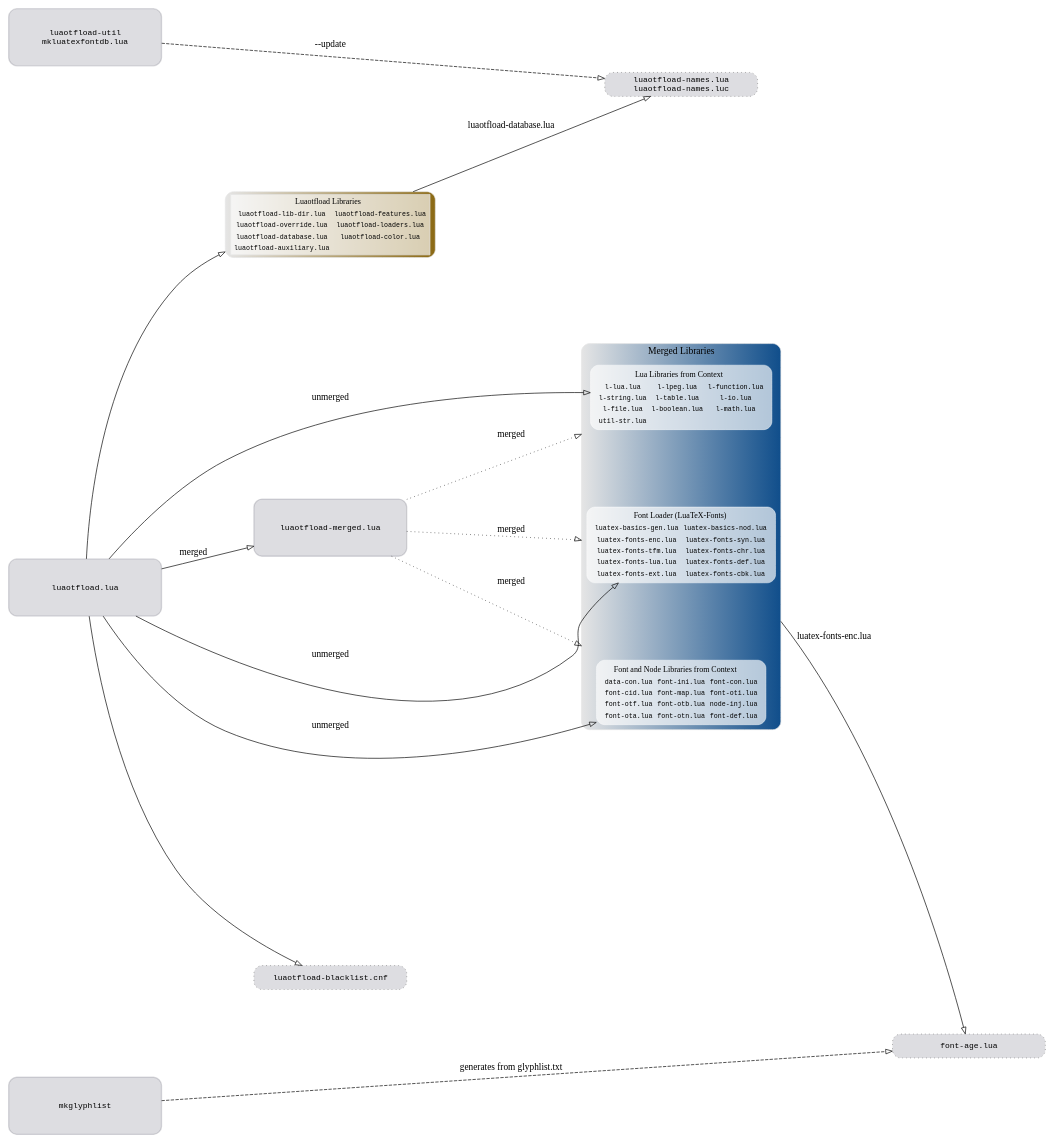
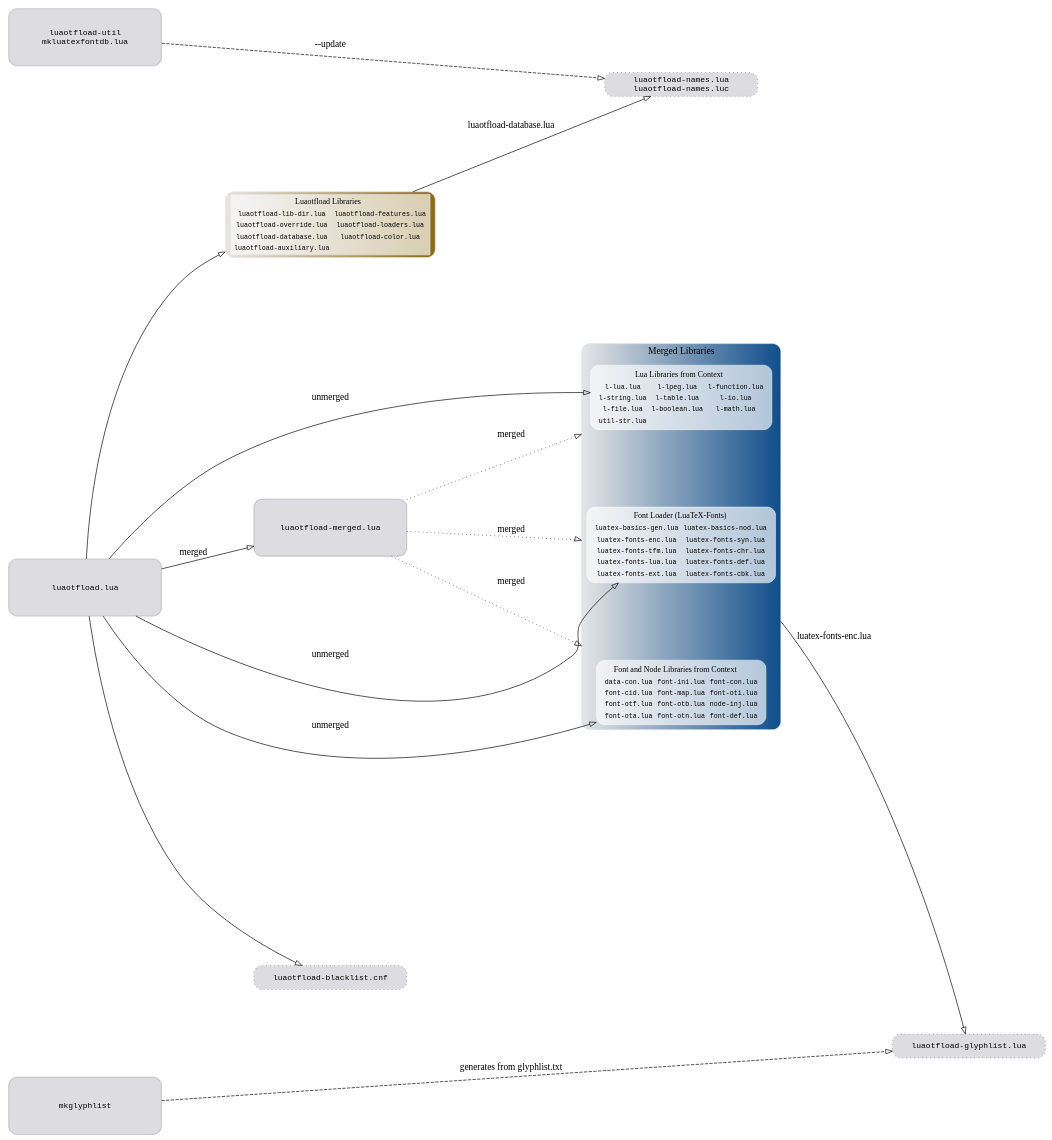
The diagram in filegraph.dot (latex3/luaotfload), drawn with Graphviz before and after one commit. The commit also changed 5 other files, not shown here.

```diff
--- a/filegraph.dot
+++ b/filegraph.dot
@@ -113,7 +113,7 @@
               fillcolor  = "#01012222",
               color      = grey40,
               style      = "filled,dotted,rounded",
-              label      = "font-age.lua"]
+              label      = "luaotfload-glyphlist.lua"]
 
     font_names [style      = "filled,dashed",
                 shape      = rect,
```
